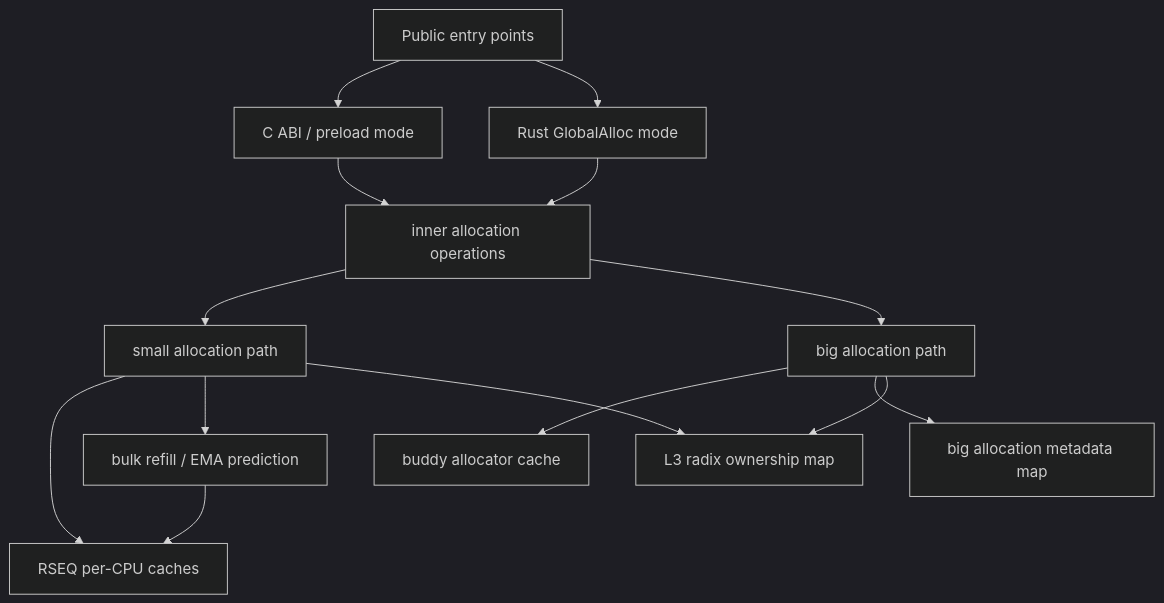
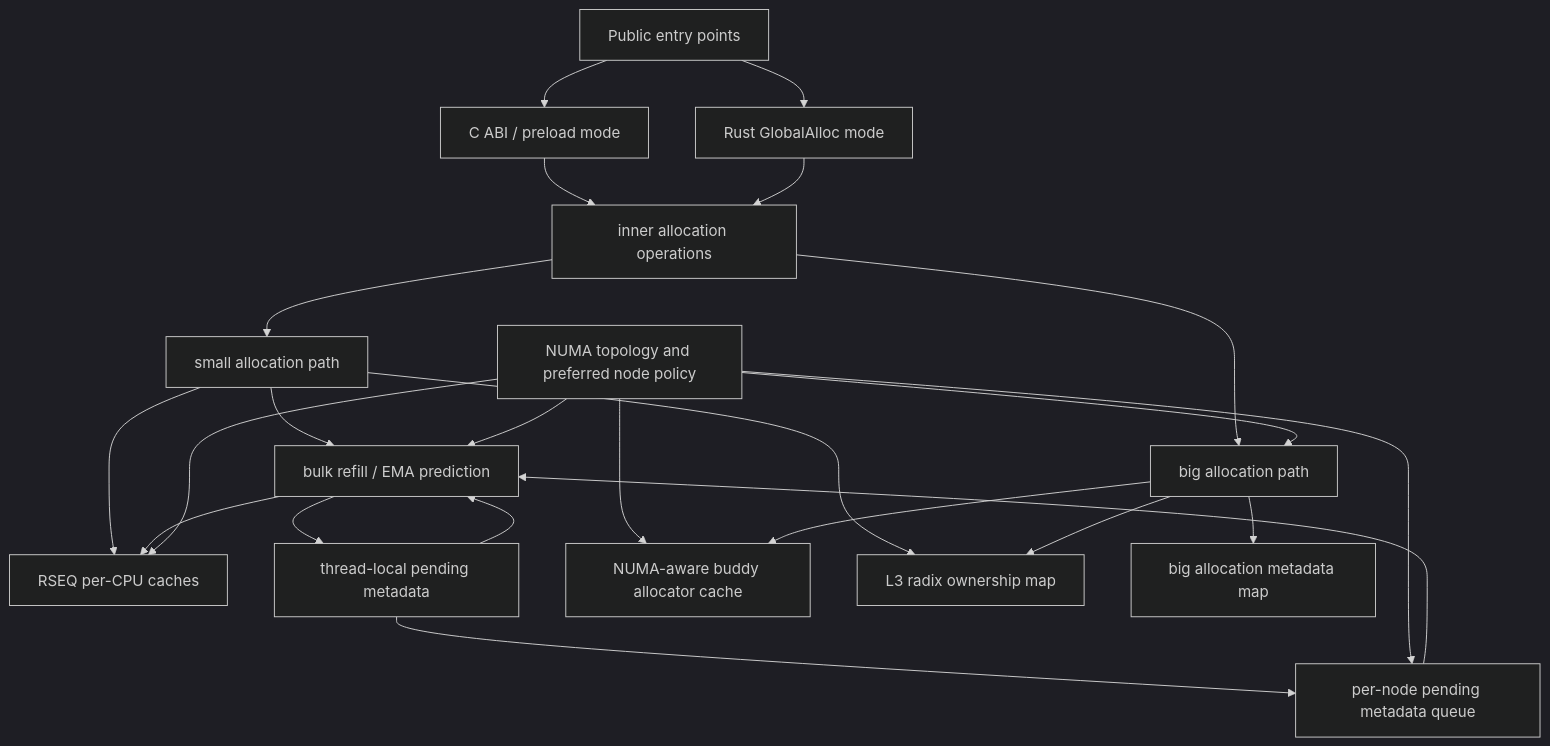
Before and after one commit to Metehan120/rsmalloc: the first of 4 diagrams in architecture.md, drawn with Mermaid (dark theme). The commit also changed other lines of this file, not shown here.

Commit message:
mermaid update

````diff
--- a/architecture.md
+++ b/architecture.md
@@ -15,28 +15,40 @@
 ```mermaid
 flowchart TD
     API[Public entry points]
     ABI[C ABI / preload mode]
     GLOBAL[Rust GlobalAlloc mode]
     INNER[inner allocation operations]
     SMALL[small allocation path]
     RSEQ[RSEQ per-CPU caches]
     REFILL[bulk refill / EMA prediction]
+    PENDING[per-node pending metadata queue]
+    TLS[thread-local pending metadata]
+    NUMA[NUMA topology and preferred node policy]
     BIG[big allocation path]
-    BUDDY[buddy allocator cache]
+    BUDDY[NUMA-aware buddy allocator cache]
     RADIX[L3 radix ownership map]
     MAP[big allocation metadata map]
 
     API --> ABI
     API --> GLOBAL
     ABI --> INNER
     GLOBAL --> INNER
     INNER --> SMALL
     INNER --> BIG
     SMALL --> RSEQ
     SMALL --> REFILL
+    REFILL --> TLS
+    TLS --> REFILL
+    TLS --> PENDING
+    PENDING --> REFILL
     REFILL --> RSEQ
+    NUMA --> RSEQ
+    NUMA --> REFILL
+    NUMA --> PENDING
+    NUMA --> BUDDY
+    NUMA --> BIG
     BIG --> BUDDY
     BIG --> MAP
     SMALL --> RADIX
     BIG --> RADIX
 ```
````
